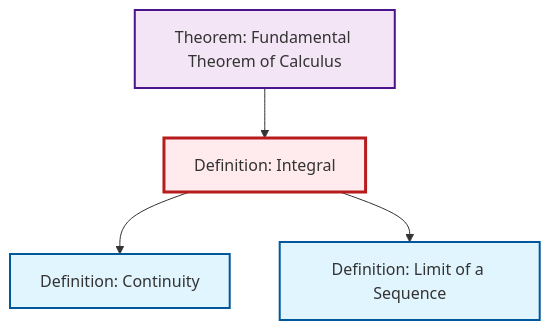
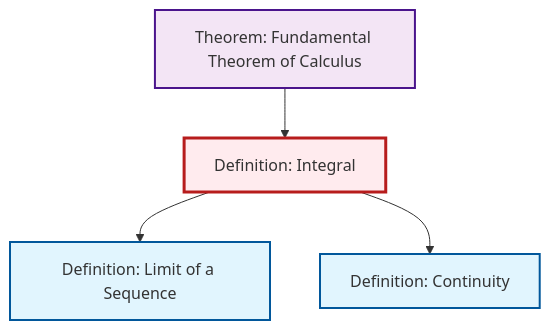
One commit to RK0429/ModernMath changed the diagram in content/en/analysis/def-integral.qmd. Above: the diagram before and after it, drawn with Mermaid. The commit also changed other lines of this file and 581 other files, not shown here.

First line of the commit message:
feat: Add epimorphism definition and complete integral domain translations

````diff
--- a/content/en/analysis/def-integral.qmd
+++ b/content/en/analysis/def-integral.qmd
@@ -81,20 +81,20 @@
 ```{mermaid}
 %%| fig-cap: "Local dependency graph"
 graph TD
     classDef definition fill:#e1f5fe,stroke:#01579b,stroke-width:2px
     classDef theorem fill:#f3e5f5,stroke:#4a148c,stroke-width:2px
     classDef axiom fill:#fff3e0,stroke:#e65100,stroke-width:2px
     classDef example fill:#e8f5e9,stroke:#1b5e20,stroke-width:2px
     classDef current fill:#ffebee,stroke:#b71c1c,stroke-width:3px
+    thm-fundamental-calculus["Theorem: Fundamental Theorem of Calculus"]:::theorem
     def-limit["Definition: Limit of a Sequence"]:::definition
+    def-integral["Definition: Integral"]:::definition
     def-continuity["Definition: Continuity"]:::definition
-    thm-fundamental-calculus["Theorem: Fundamental Theorem of Calculus"]:::theorem
-    def-integral["Definition: Integral"]:::definition
+    def-integral --> def-limit
     def-integral --> def-continuity
-    def-integral --> def-limit
     thm-fundamental-calculus --> def-integral
     class def-integral current
+    click thm-fundamental-calculus "thm-fundamental-calculus.html" "Go to Fundamental Theorem of Calculus theorem"
     click def-limit "def-limit.html" "Go to Limit of a Sequence definition"
     click def-continuity "def-continuity.html" "Go to Continuity definition"
-    click thm-fundamental-calculus "thm-fundamental-calculus.html" "Go to Fundamental Theorem of Calculus theorem"
 ```
````
